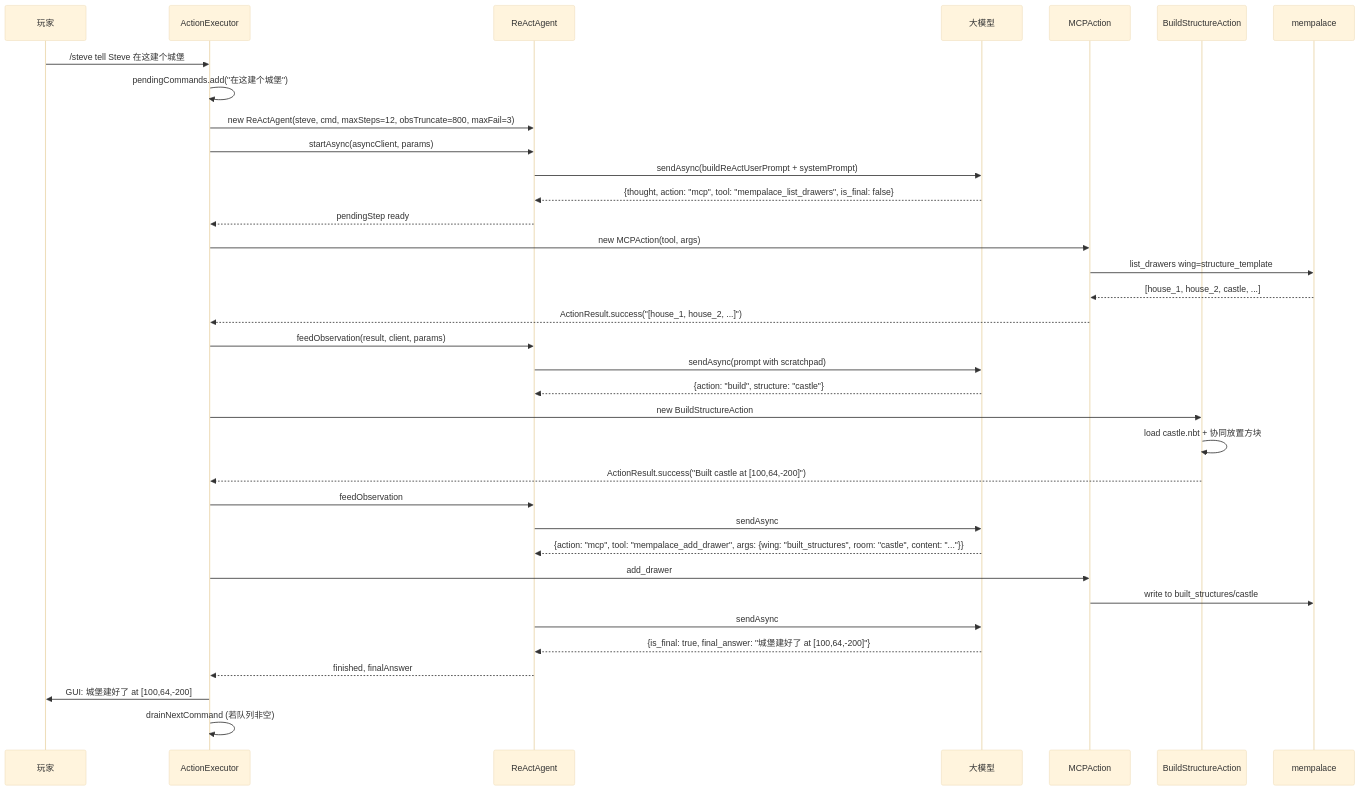
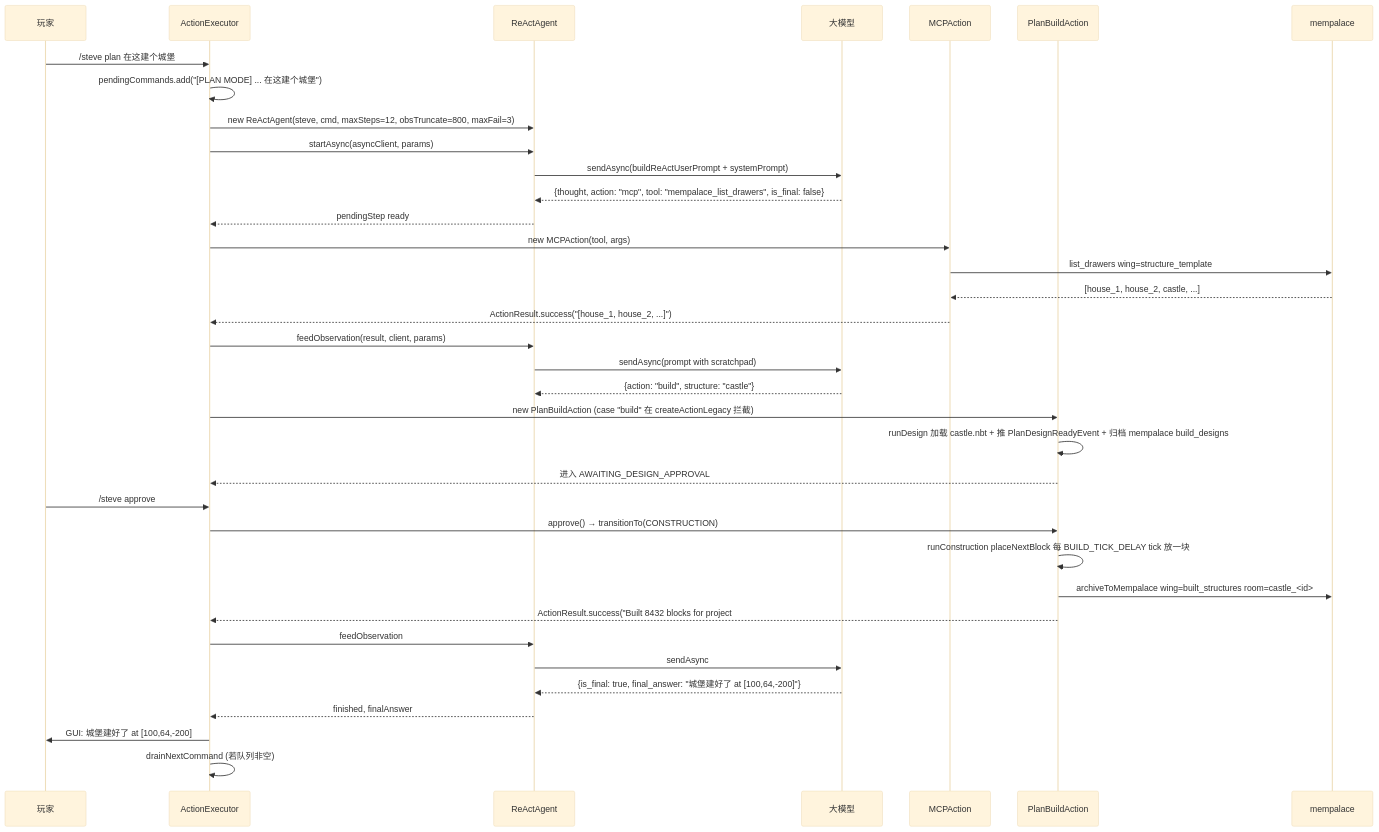
One commit to YuvDwi/Steve changed the third of 5 diagrams in docs/hackathon/01-mempalace-integration.md. Above: the diagram before and after it, drawn with Mermaid (base theme). The commit also changed other lines of this file, not shown here.

First line of the commit message:
docs(hackathon): update mempalace integration to PlanBuildAction

````diff
--- a/docs/hackathon/01-mempalace-integration.md
+++ b/docs/hackathon/01-mempalace-integration.md
@@ -122,38 +122,39 @@
 ```mermaid
 sequenceDiagram
     participant User as 玩家
     participant Executor as ActionExecutor
     participant Agent as ReActAgent
     participant LLM as 大模型
     participant MCPAction as MCPAction
-    participant Builder as BuildStructureAction
+    participant Plan as PlanBuildAction
     participant Palace as mempalace
 
-    User->>Executor: /steve tell Steve 在这建个城堡
-    Executor->>Executor: pendingCommands.add("在这建个城堡")
+    User->>Executor: /steve plan 在这建个城堡
+    Executor->>Executor: pendingCommands.add("[PLAN MODE] ... 在这建个城堡")
     Executor->>Agent: new ReActAgent(steve, cmd, maxSteps=12, obsTruncate=800, maxFail=3)
     Executor->>Agent: startAsync(asyncClient, params)
     Agent->>LLM: sendAsync(buildReActUserPrompt + systemPrompt)
     LLM-->>Agent: {thought, action: "mcp", tool: "mempalace_list_drawers", is_final: false}
     Agent-->>Executor: pendingStep ready
     Executor->>MCPAction: new MCPAction(tool, args)
     MCPAction->>Palace: list_drawers wing=structure_template
     Palace-->>MCPAction: [house_1, house_2, castle, ...]
     MCPAction-->>Executor: ActionResult.success("[house_1, house_2, ...]")
     Executor->>Agent: feedObservation(result, client, params)
     Agent->>LLM: sendAsync(prompt with scratchpad)
     LLM-->>Agent: {action: "build", structure: "castle"}
-    Executor->>Builder: new BuildStructureAction
-    Builder->>Builder: load castle.nbt + 协同放置方块
-    Builder-->>Executor: ActionResult.success("Built castle at [100,64,-200]")
+    Executor->>Plan: new PlanBuildAction (case "build" 在 createActionLegacy 拦截)
+    Plan->>Plan: runDesign 加载 castle.nbt + 推 PlanDesignReadyEvent + 归档 mempalace build_designs
+    Plan-->>Executor: 进入 AWAITING_DESIGN_APPROVAL
+    User->>Executor: /steve approve
+    Executor->>Plan: approve() → transitionTo(CONSTRUCTION)
+    Plan->>Plan: runConstruction placeNextBlock 每 BUILD_TICK_DELAY tick 放一块
+    Plan->>Palace: archiveToMempalace wing=built_structures room=castle_<id>
+    Plan-->>Executor: ActionResult.success("Built 8432 blocks for project #<id>")
     Executor->>Agent: feedObservation
-    Agent->>LLM: sendAsync
-    LLM-->>Agent: {action: "mcp", tool: "mempalace_add_drawer", args: {wing: "built_structures", room: "castle", content: "..."}}
-    Executor->>MCPAction: add_drawer
-    MCPAction->>Palace: write to built_structures/castle
     Agent->>LLM: sendAsync
     LLM-->>Agent: {is_final: true, final_answer: "城堡建好了 at [100,64,-200]"}
     Agent-->>Executor: finished, finalAnswer
     Executor->>User: GUI: 城堡建好了 at [100,64,-200]
     Executor->>Executor: drainNextCommand (若队列非空)
 ```
````
